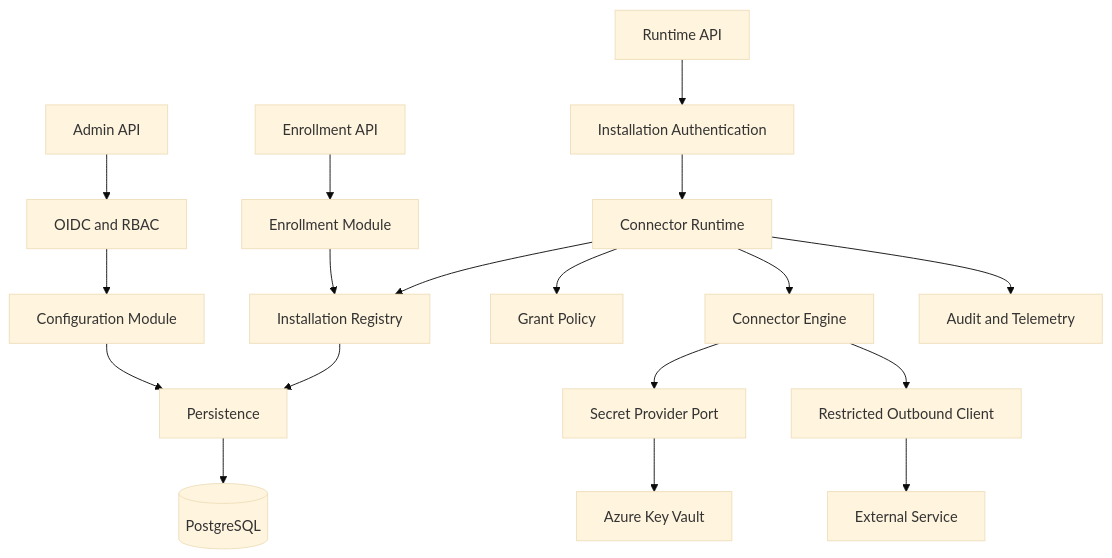
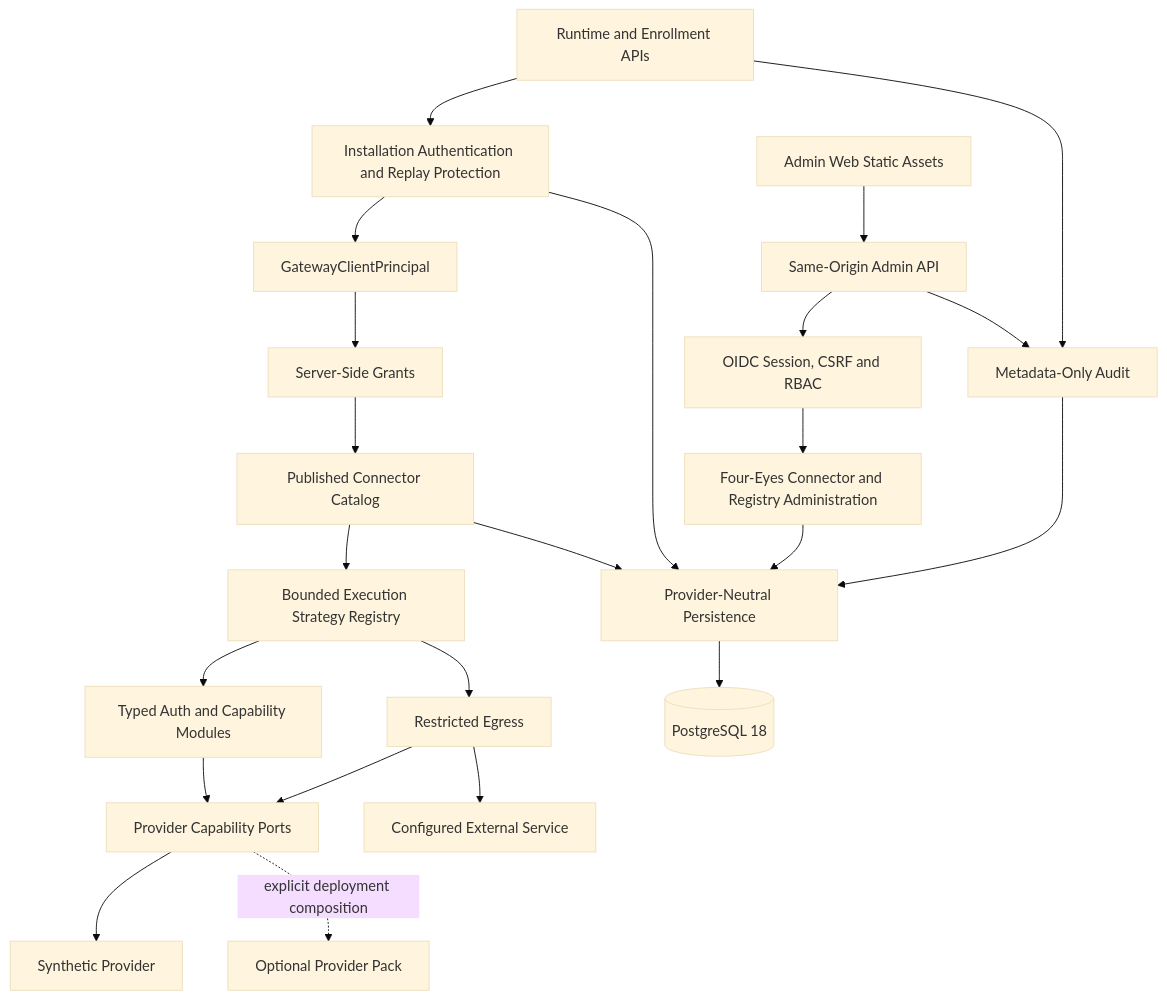
Before and after one commit to marcobiz/secure-integration-platform: the second of 6 diagrams in docs/architecture/component-diagrams.md, drawn with Mermaid (base theme). The commit also changed other lines of this file and 17 other files, not shown here.

Commit message:
docs(alpha): reconcile architecture security and deployment truth

````diff
--- a/docs/architecture/component-diagrams.md
+++ b/docs/architecture/component-diagrams.md
@@ -31,20 +39,29 @@
 ```mermaid
 flowchart TB
-  RuntimeAPI[Runtime API] --> InstallAuth[Installation Authentication]
-  EnrollmentAPI[Enrollment API] --> Enrollment[Enrollment Module]
-  AdminAPI[Admin API] --> AdminAuth[OIDC and RBAC]
-  InstallAuth --> Runtime[Connector Runtime]
-  AdminAuth --> Config[Configuration Module]
-  Enrollment --> Registry[Installation Registry]
-  Runtime --> Registry
-  Runtime --> Grant[Grant Policy]
-  Runtime --> Connector[Connector Engine]
-  Connector --> VaultPort[Secret Provider Port]
-  Connector --> Outbound[Restricted Outbound Client]
-  Config --> Persistence[Persistence]
-  Registry --> Persistence
-  Runtime --> Audit[Audit and Telemetry]
-  Persistence --> PG[(PostgreSQL)]
-  VaultPort --> AKV[Azure Key Vault]
-  Outbound --> External[External Service]
+  RuntimeAPI[Runtime and Enrollment APIs] --> Inbound[Installation Authentication and Replay Protection]
+  Inbound --> Principal[GatewayClientPrincipal]
+  Principal --> Grants[Server-Side Grants]
+  Grants --> Catalog[Published Connector Catalog]
+  Catalog --> Strategies[Bounded Execution Strategy Registry]
+  Strategies --> Auth[Typed Auth and Capability Modules]
+  Strategies --> Egress[Restricted Egress]
+
+  AdminWeb[Admin Web Static Assets] --> AdminAPI[Same-Origin Admin API]
+  AdminAPI --> AdminAuth[OIDC Session, CSRF and RBAC]
+  AdminAuth --> Config[Four-Eyes Connector and Registry Administration]
+
+  Inbound --> Persistence[Provider-Neutral Persistence]
+  Catalog --> Persistence
+  Config --> Persistence
+  Persistence --> PG[(PostgreSQL 18)]
+
+  Auth --> Ports[Provider Capability Ports]
+  Egress --> Ports
+  Ports --> Synthetic[Synthetic Provider]
+  Ports -. explicit deployment composition .-> OptionalPack[Optional Provider Pack]
+  Egress --> External[Configured External Service]
+
+  RuntimeAPI --> Audit[Metadata-Only Audit]
+  AdminAPI --> Audit
+  Audit --> Persistence
 ```
````
